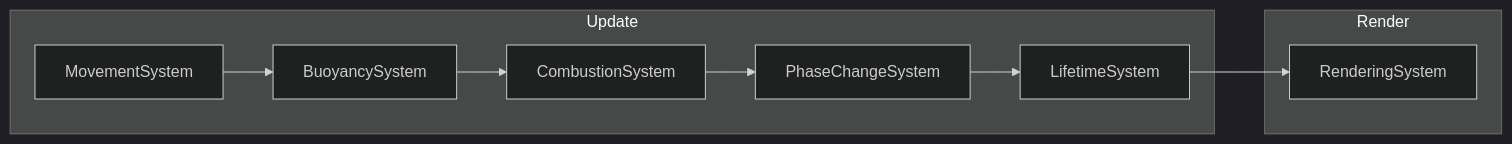
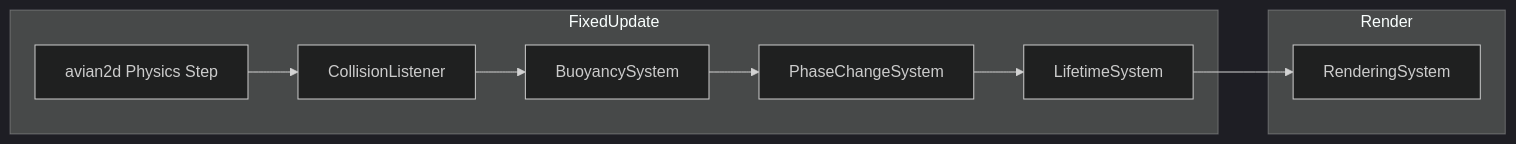
One commit to philiplinden/bevy-jam-6 changed the second of 2 diagrams in docs/design.md. Above: the diagram before and after it, drawn with Mermaid (dark theme). The commit also changed other lines of this file, not shown here.

Commit message:
update design doc to include avian

````diff
--- a/docs/design.md
+++ b/docs/design.md
@@ -90,14 +90,14 @@
 ```mermaid
 flowchart LR
-  subgraph Update
-    M[MovementSystem]
+  subgraph FixedUpdate
+    P[avian2d Physics Step]
+    C[CollisionListener]
     B[BuoyancySystem]
-    C[CombustionSystem]
-    P[PhaseChangeSystem]
+    D[PhaseChangeSystem]
     L[LifetimeSystem]
-    M --> B --> C --> P --> L
+    P --> C --> B --> D --> L
   end
   subgraph Render
     L --> R[RenderingSystem]
   end
 ```
````
